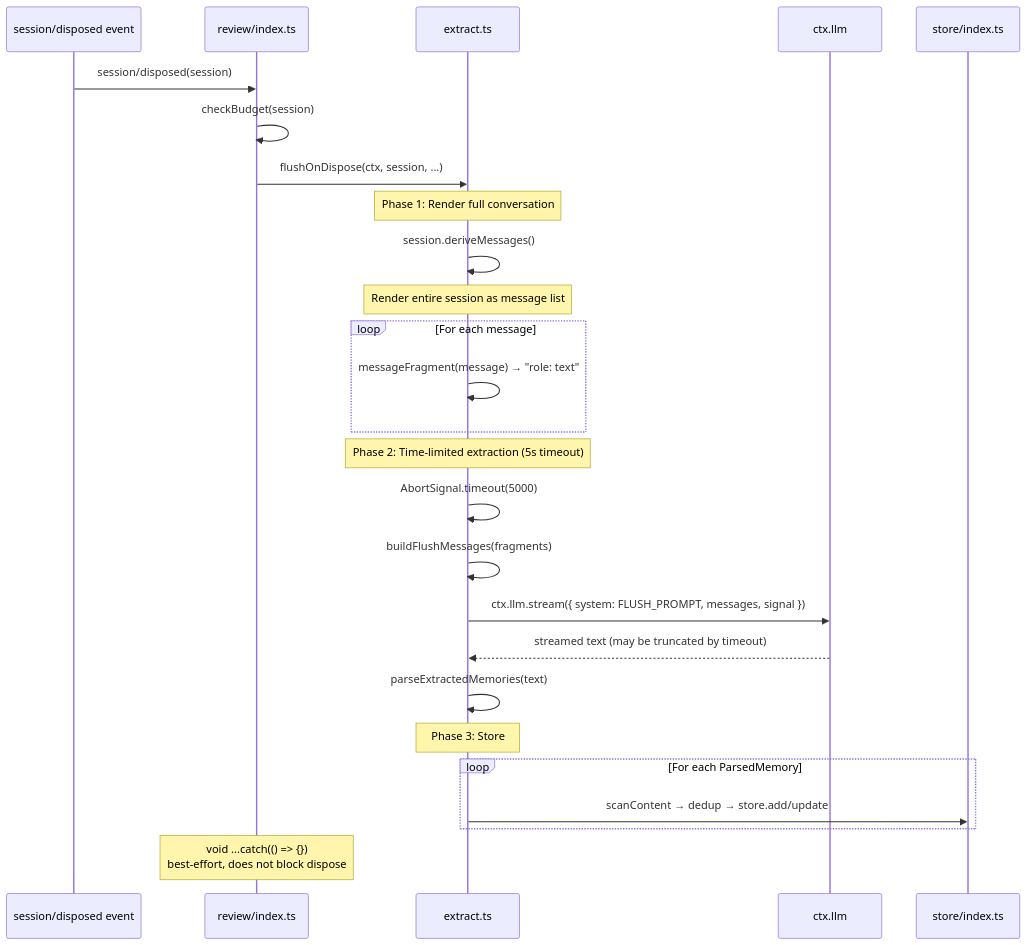
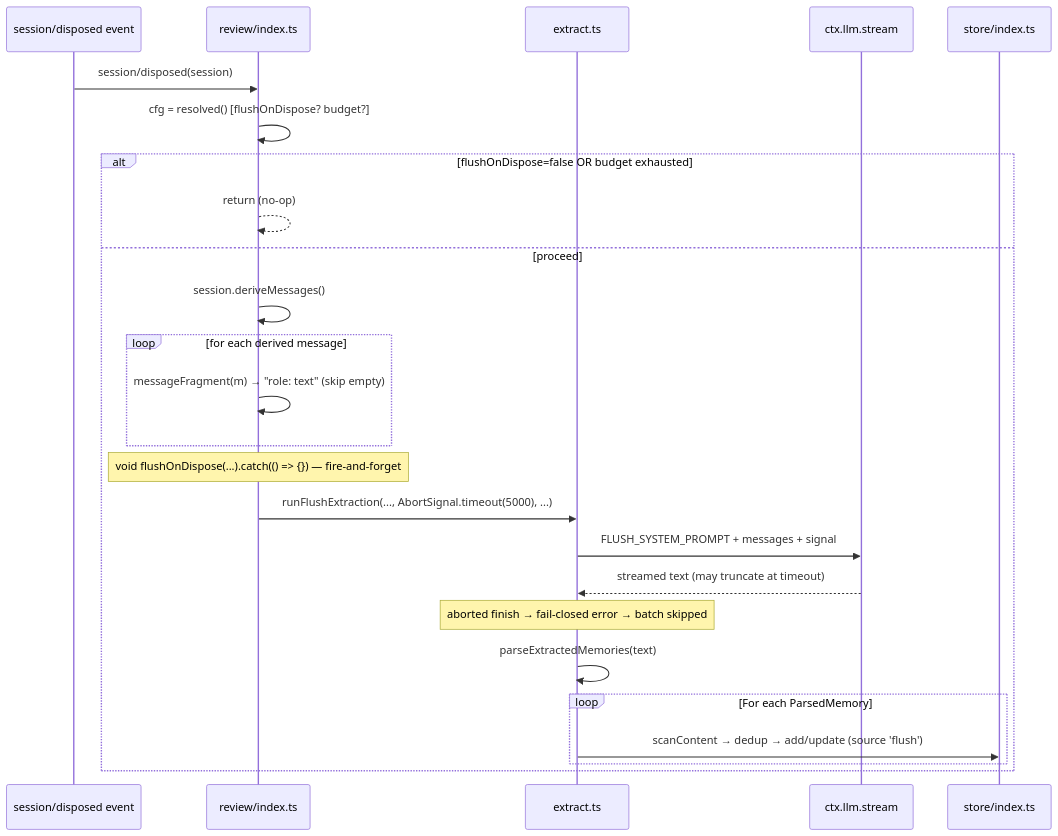
Before and after one commit to chenhw7/dsh-memory: the sixth of 14 diagrams in docs/SEQUENCE_DIAGRAMS.md, drawn with Mermaid. The commit also changed other lines of this file and 5 other files, not shown here.

First line of the commit message:
docs: sync README / TECH_DESIGN / SEQUENCE_DIAGRAMS with the v0.3.0 implementation

````diff
--- a/docs/SEQUENCE_DIAGRAMS.md
+++ b/docs/SEQUENCE_DIAGRAMS.md
@@ -278,37 +286,30 @@
 ```mermaid
 sequenceDiagram
     participant SE as session/disposed event
     participant Review as review/index.ts
     participant Ext as extract.ts
-    participant LLM as ctx.llm
+    participant LLM as ctx.llm.stream
     participant Store as store/index.ts
 
     SE->>Review: session/disposed(session)
-    Review->>Review: checkBudget(session)
-    Review->>Ext: flushOnDispose(ctx, session, ...)
+    Review->>Review: cfg = resolved() [flushOnDispose? budget?]
+    alt flushOnDispose=false OR budget exhausted
+        Review-->>Review: return (no-op)
+    else proceed
+        Review->>Review: session.deriveMessages()
+        loop for each derived message
+            Review->>Review: messageFragment(m) → "role: text" (skip empty)
+        end
+        Note over Review: void flushOnDispose(...).catch(() => {}) — fire-and-forget
 
-    Note over Ext: Phase 1: Render full conversation
+        Review->>Ext: runFlushExtraction(..., AbortSignal.timeout(5000), ...)
+        Ext->>LLM: FLUSH_SYSTEM_PROMPT + messages + signal
+        LLM-->>Ext: streamed text (may truncate at timeout)
+        Note over Ext: aborted finish → fail-closed error → batch skipped
+        Ext->>Ext: parseExtractedMemories(text)
 
-    Ext->>Ext: session.deriveMessages()
-    Note over Ext: Render entire session as message list
-
-    loop For each message
-        Ext->>Ext: messageFragment(message) → "role: text"
+        loop For each ParsedMemory
+            Ext->>Store: scanContent → dedup → add/update (source 'flush')
+        end
     end
-
-    Note over Ext: Phase 2: Time-limited extraction (5s timeout)
-
-    Ext->>Ext: AbortSignal.timeout(5000)
-    Ext->>Ext: buildFlushMessages(fragments)
-    Ext->>LLM: ctx.llm.stream({ system: FLUSH_PROMPT, messages, signal })
-    LLM-->>Ext: streamed text (may be truncated by timeout)
-    Ext->>Ext: parseExtractedMemories(text)
-
-    Note over Ext: Phase 3: Store
-
-    loop For each ParsedMemory
-        Ext->>Store: scanContent → dedup → store.add/update
-    end
-
-    Note over Review: void ...catch(() => {})<br/>best-effort, does not block dispose
 ```
````
